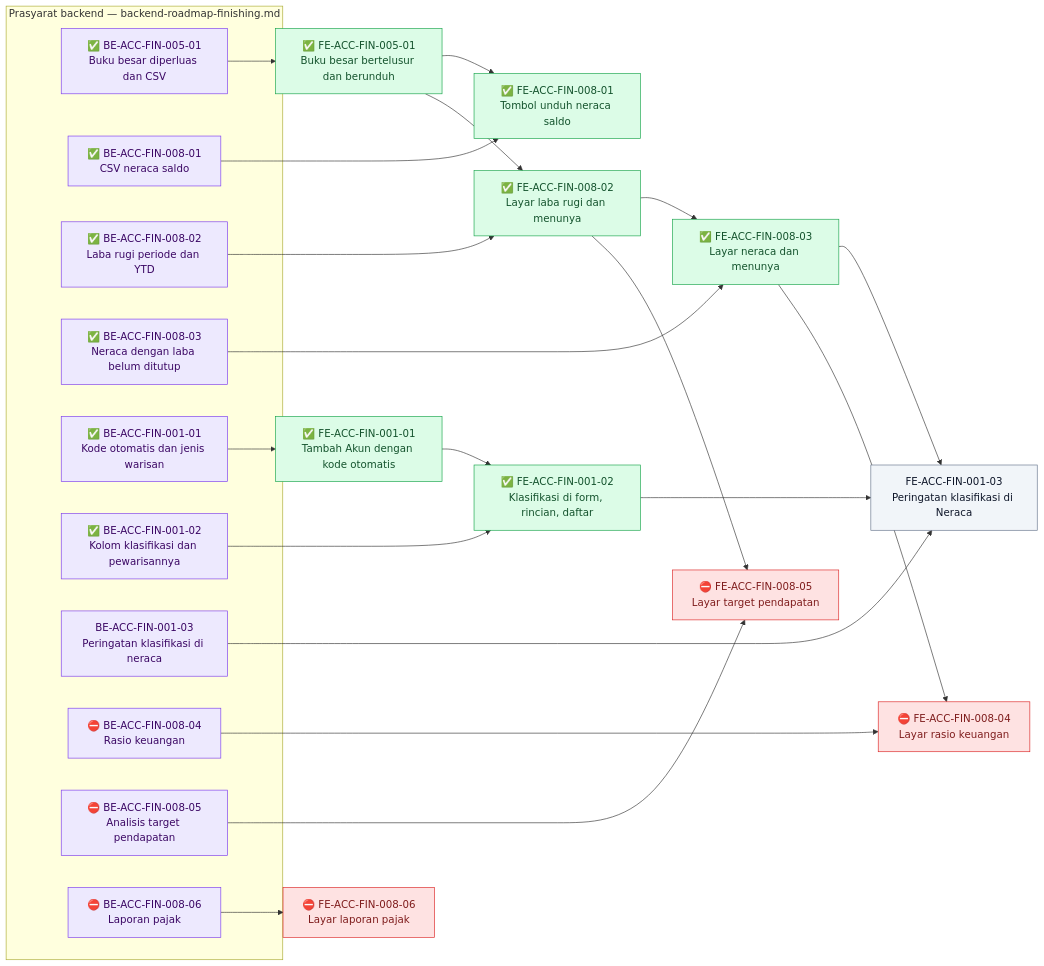
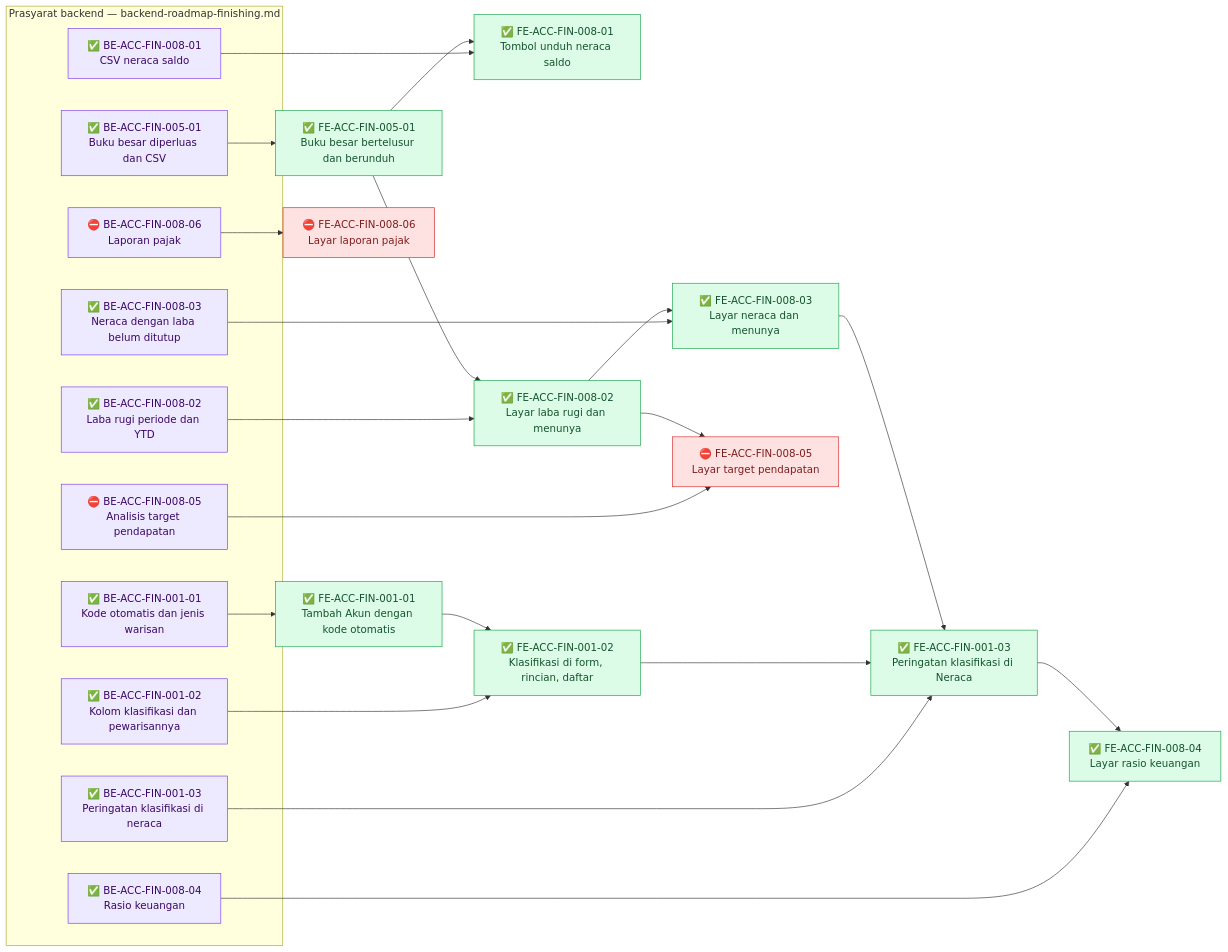
One commit to DevBenari/NewQuilvianSystemBackend changed the diagram in docs/module-blueprints/accounting/roadmap/frontend-roadmap-finishing.md. Above: the diagram before and after it, drawn with Mermaid. The commit also changed other lines of this file and 20 other files, not shown here.

First line of the commit message:
docs(accounting): laporan FIN-4/FIN-5, desain rasio 008-04, dan desain anggaran ACC-FIN-013 (draft)

````diff
--- a/docs/module-blueprints/accounting/roadmap/frontend-roadmap-finishing.md
+++ b/docs/module-blueprints/accounting/roadmap/frontend-roadmap-finishing.md
@@ -40,51 +40,51 @@
 ```mermaid
 flowchart LR
     classDef selesai fill:#DCFCE7,stroke:#16A34A,color:#14532D
     classDef sebagian fill:#FEF9C3,stroke:#CA8A04,color:#713F12
     classDef terblokir fill:#FEE2E2,stroke:#DC2626,color:#7F1D1D
     classDef belum fill:#F1F5F9,stroke:#64748B,color:#0F172A
     classDef luar fill:#EDE9FE,stroke:#7C3AED,color:#3B0764
 
     subgraph backend["Prasyarat backend — backend-roadmap-finishing.md"]
         BEACCFIN00501["✅ BE-ACC-FIN-005-01<br/>Buku besar diperluas dan CSV"]:::luar
         BEACCFIN00801["✅ BE-ACC-FIN-008-01<br/>CSV neraca saldo"]:::luar
         BEACCFIN00802["✅ BE-ACC-FIN-008-02<br/>Laba rugi periode dan YTD"]:::luar
         BEACCFIN00803["✅ BE-ACC-FIN-008-03<br/>Neraca dengan laba belum ditutup"]:::luar
         BEACCFIN00101["✅ BE-ACC-FIN-001-01<br/>Kode otomatis dan jenis warisan"]:::luar
         BEACCFIN00102["✅ BE-ACC-FIN-001-02<br/>Kolom klasifikasi dan pewarisannya"]:::luar
-        BEACCFIN00103["BE-ACC-FIN-001-03<br/>Peringatan klasifikasi di neraca"]:::luar
-        BEACCFIN00804["⛔ BE-ACC-FIN-008-04<br/>Rasio keuangan"]:::luar
+        BEACCFIN00103["✅ BE-ACC-FIN-001-03<br/>Peringatan klasifikasi di neraca"]:::luar
+        BEACCFIN00804["✅ BE-ACC-FIN-008-04<br/>Rasio keuangan"]:::luar
         BEACCFIN00805["⛔ BE-ACC-FIN-008-05<br/>Analisis target pendapatan"]:::luar
         BEACCFIN00806["⛔ BE-ACC-FIN-008-06<br/>Laporan pajak"]:::luar
     end
 
     FEACCFIN00501["✅ FE-ACC-FIN-005-01<br/>Buku besar bertelusur dan berunduh"]:::selesai
     FEACCFIN00801["✅ FE-ACC-FIN-008-01<br/>Tombol unduh neraca saldo"]:::selesai
     FEACCFIN00802["✅ FE-ACC-FIN-008-02<br/>Layar laba rugi dan menunya"]:::selesai
     FEACCFIN00803["✅ FE-ACC-FIN-008-03<br/>Layar neraca dan menunya"]:::selesai
     FEACCFIN00101["✅ FE-ACC-FIN-001-01<br/>Tambah Akun dengan kode otomatis"]:::selesai
     FEACCFIN00102["✅ FE-ACC-FIN-001-02<br/>Klasifikasi di form, rincian, daftar"]:::selesai
-    FEACCFIN00103["FE-ACC-FIN-001-03<br/>Peringatan klasifikasi di Neraca"]:::belum
-    FEACCFIN00804["⛔ FE-ACC-FIN-008-04<br/>Layar rasio keuangan"]:::terblokir
+    FEACCFIN00103["✅ FE-ACC-FIN-001-03<br/>Peringatan klasifikasi di Neraca"]:::selesai
+    FEACCFIN00804["✅ FE-ACC-FIN-008-04<br/>Layar rasio keuangan"]:::selesai
     FEACCFIN00805["⛔ FE-ACC-FIN-008-05<br/>Layar target pendapatan"]:::terblokir
     FEACCFIN00806["⛔ FE-ACC-FIN-008-06<br/>Layar laporan pajak"]:::terblokir
 
     BEACCFIN00501 --> FEACCFIN00501
     BEACCFIN00801 --> FEACCFIN00801
     FEACCFIN00501 --> FEACCFIN00801
     BEACCFIN00802 --> FEACCFIN00802
     FEACCFIN00501 --> FEACCFIN00802
     BEACCFIN00803 --> FEACCFIN00803
     FEACCFIN00802 --> FEACCFIN00803
     BEACCFIN00101 --> FEACCFIN00101
     BEACCFIN00102 --> FEACCFIN00102
     FEACCFIN00101 --> FEACCFIN00102
     BEACCFIN00103 --> FEACCFIN00103
     FEACCFIN00102 --> FEACCFIN00103
     FEACCFIN00803 --> FEACCFIN00103
     BEACCFIN00804 --> FEACCFIN00804
-    FEACCFIN00803 --> FEACCFIN00804
+    FEACCFIN00103 --> FEACCFIN00804
     BEACCFIN00805 --> FEACCFIN00805
     FEACCFIN00802 --> FEACCFIN00805
     BEACCFIN00806 --> FEACCFIN00806
 ```
````
